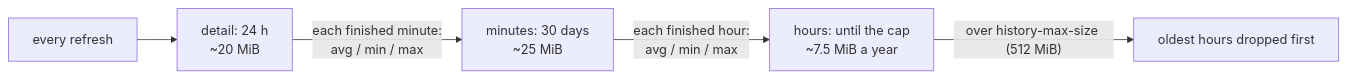
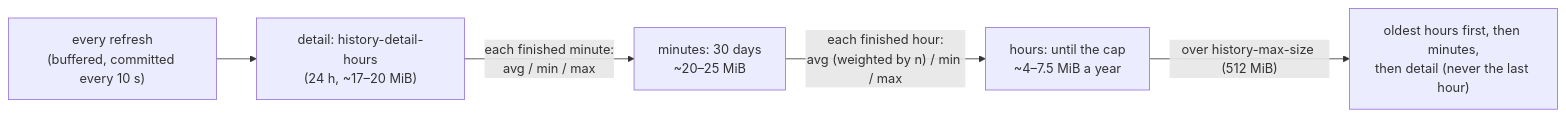
One commit to mamadingleberry/proccoli changed diagram 36 of 42 in docs/DESIGN.md. Above: the diagram before and after it, drawn with Mermaid. The commit also changed other lines of this file and 98 other files, not shown here.

````diff
--- a/docs/DESIGN.md
+++ b/docs/DESIGN.md
@@ -2542,7 +2721,7 @@
 ```mermaid
 flowchart LR
-    R["every refresh"] --> D["detail: 24 h<br/>~20 MiB"]
-    D -->|"each finished minute:<br/>avg / min / max"| M["minutes: 30 days<br/>~25 MiB"]
-    M -->|"each finished hour:<br/>avg / min / max"| H["hours: until the cap<br/>~7.5 MiB a year"]
-    H -->|"over history-max-size (512 MiB)"| X["oldest hours dropped first"]
+    R["every refresh<br/>(buffered, committed every 10 s)"] --> D["detail: history-detail-hours<br/>(24 h, ~17–20 MiB)"]
+    D -->|"each finished minute:<br/>avg / min / max"| M["minutes: 30 days<br/>~20–25 MiB"]
+    M -->|"each finished hour:<br/>avg (weighted by n) / min / max"| H["hours: until the cap<br/>~4–7.5 MiB a year"]
+    H -->|"over history-max-size (512 MiB)"| X["oldest hours first, then minutes,<br/>then detail (never the last hour)"]
 ```
````
